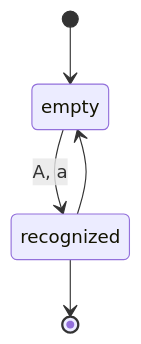
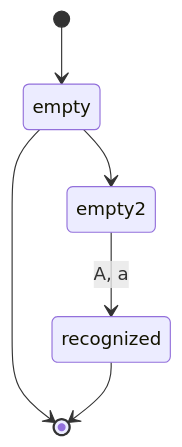
One commit to raganwald/raganwald.github.com changed diagram 46 of 58 in _posts/2019-09-21-recognizing-myself.md. Above: the diagram before and after it, drawn with Mermaid. The commit also changed other lines of this file and 2 other files, not shown here.

```diff
--- a/_posts/2019-09-21-recognizing-myself.md
+++ b/_posts/2019-09-21-recognizing-myself.md
@@ -2385,7 +2459,8 @@
 <div class="mermaid">
   stateDiagram
     [*]-->empty
-    empty-->recognized : A, a
-    recognized-->empty
+    empty-->empty2
+    empty-->[*]
+    empty2-->recognized : A, a
     recognized-->[*]
 </div>
```
